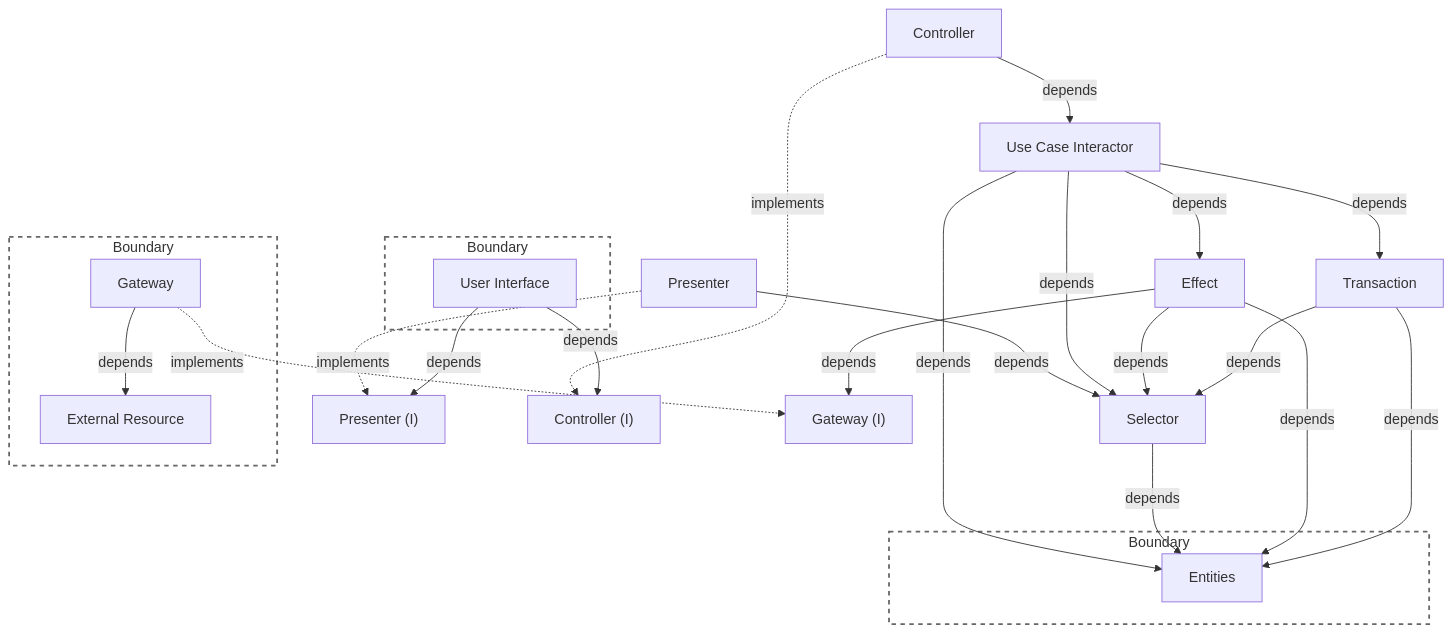
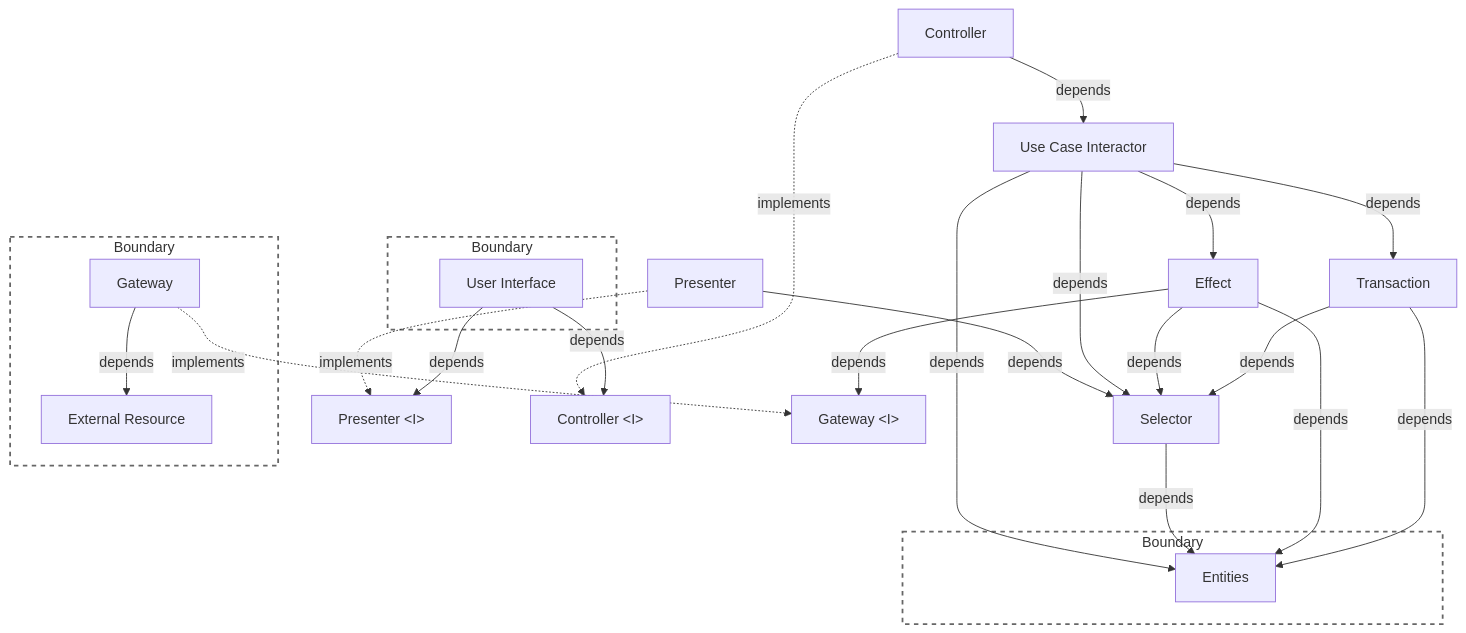
The sixth of 16 diagrams in docs/architecture.md (clean-reactive/documentation), drawn with Mermaid before and after one commit. The commit also changed other lines of this file, not shown here.

Commit message:
Architecture: fix mermaid <>

````diff
--- a/docs/architecture.md
+++ b/docs/architecture.md
@@ -463,51 +463,51 @@
 ```mermaid
 graph TD
 
 subgraph B1["Boundary"]
-G[Gateway]
-ER[External Resource]
+G["Gateway"]
+ER["External Resource"]
 end
 
 subgraph B2["Boundary"]
-UI[User Interface]
+UI["User Interface"]
 end
 
 subgraph B3["Boundary"]
-E[Entities]
+E["Entities"]
 end
 
-P[Presenter]
-C[Controller]
-PI["Presenter (I)"]
-CI["Controller (I)"]
-GI["Gateway (I)"]
-UC[Use Case Interactor]
-SE[Selector]
-TR[Transaction]
-EF[Effect]
+P["Presenter"]
+C["Controller"]
+PI["Presenter &lt;I&gt;"]
+CI["Controller &lt;I&gt;"]
+GI["Gateway &lt;I&gt;"]
+UC["Use Case Interactor"]
+SE["Selector"]
+TR["Transaction"]
+EF["Effect"]
 
 %% implementation relation
 P -. implements .-> PI
 C -. implements .-> CI
 G -. implements .-> GI
 
 %% dependency relation
 UI -- depends --> PI
 UI -- depends --> CI
 C -- depends --> UC
 P -- depends --> SE
 UC -- depends --> SE
 UC -- depends --> EF
 UC -- depends --> TR
 UC -- depends --> E
 SE -- depends --> E
 EF -- depends --> SE
 EF -- depends --> E
 EF -- depends --> GI
 TR -- depends --> SE
 TR -- depends --> E
 G -- depends --> ER
 
 classDef boundary fill:none,stroke:#666,stroke-width:2px,stroke-dasharray: 5 5;
 class B1,B2,B3 boundary;
 ```
````
